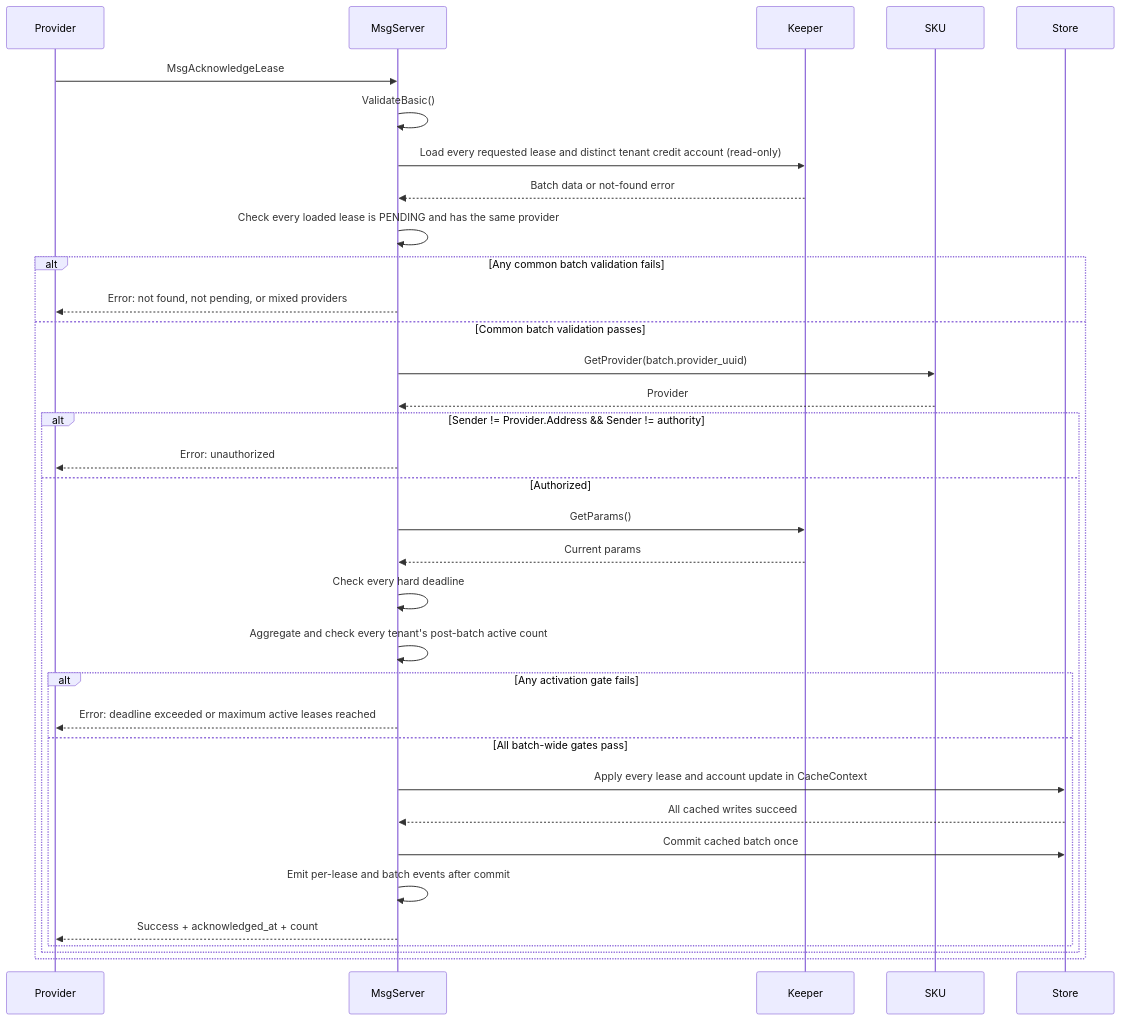
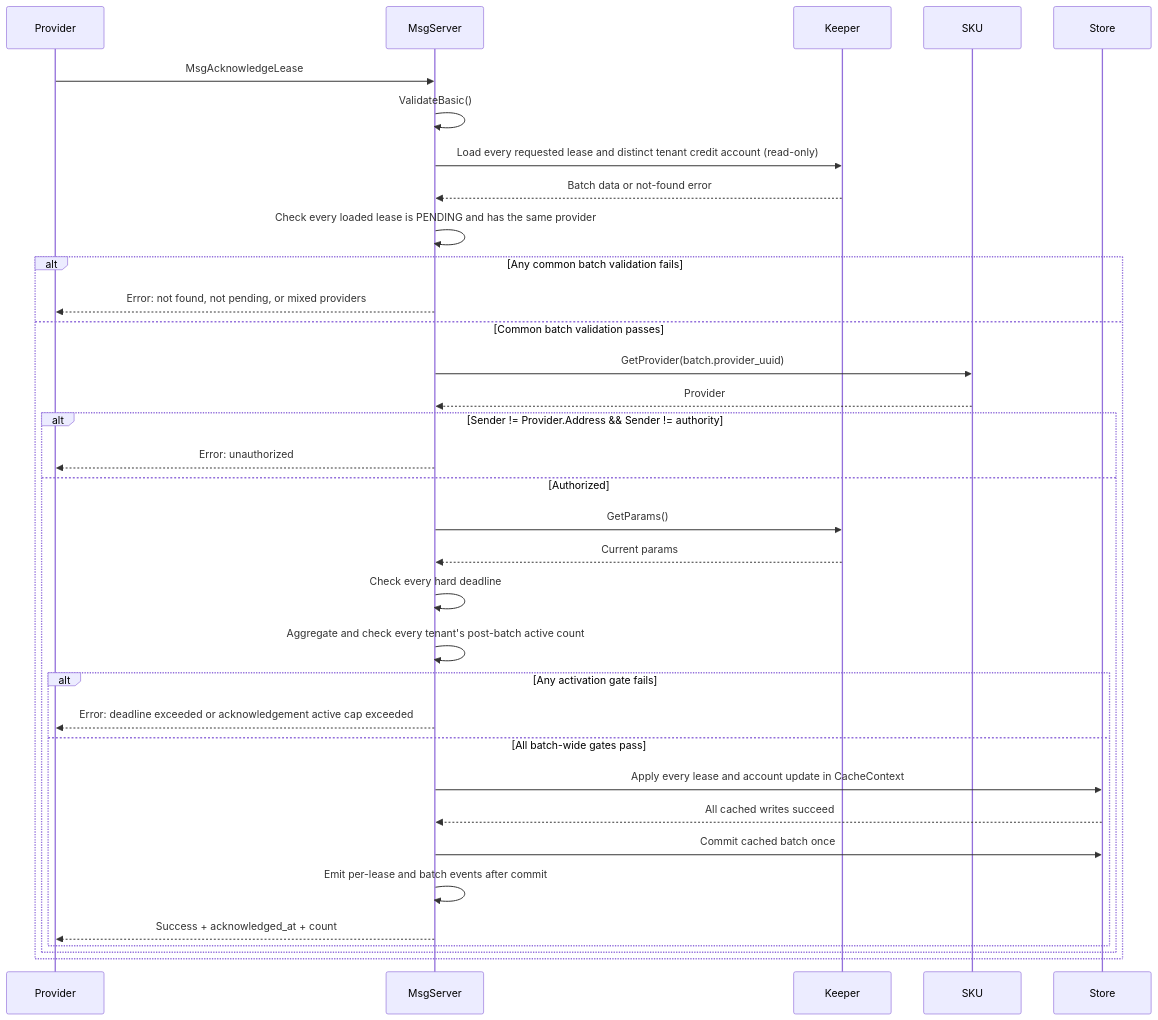
The seventh of 13 diagrams in x/billing/docs/ARCHITECTURE.md (manifest-network/manifest-ledger), drawn with Mermaid before and after one commit. The commit also changed 13 other files, not shown here.

````diff
--- a/x/billing/docs/ARCHITECTURE.md
+++ b/x/billing/docs/ARCHITECTURE.md
@@ -329,40 +329,40 @@
 ```mermaid
 sequenceDiagram
     participant Provider
     participant MsgServer
     participant Keeper
     participant SKU
     participant Store
     
     Provider->>MsgServer: MsgAcknowledgeLease
     MsgServer->>MsgServer: ValidateBasic()
     MsgServer->>Keeper: Load every requested lease and distinct tenant credit account (read-only)
     Keeper-->>MsgServer: Batch data or not-found error
     MsgServer->>MsgServer: Check every loaded lease is PENDING and has the same provider
 
     alt Any common batch validation fails
         MsgServer-->>Provider: Error: not found, not pending, or mixed providers
     else Common batch validation passes
         MsgServer->>SKU: GetProvider(batch.provider_uuid)
         SKU-->>MsgServer: Provider
 
         alt Sender != Provider.Address && Sender != authority
             MsgServer-->>Provider: Error: unauthorized
         else Authorized
             MsgServer->>Keeper: GetParams()
             Keeper-->>MsgServer: Current params
             MsgServer->>MsgServer: Check every hard deadline
             MsgServer->>MsgServer: Aggregate and check every tenant's post-batch active count
 
             alt Any activation gate fails
-                MsgServer-->>Provider: Error: deadline exceeded or maximum active leases reached
+                MsgServer-->>Provider: Error: deadline exceeded or acknowledgement active cap exceeded
             else All batch-wide gates pass
                 MsgServer->>Store: Apply every lease and account update in CacheContext
                 Store-->>MsgServer: All cached writes succeed
                 MsgServer->>Store: Commit cached batch once
                 MsgServer->>MsgServer: Emit per-lease and batch events after commit
                 MsgServer-->>Provider: Success + acknowledged_at + count
             end
         end
     end
 ```
````
